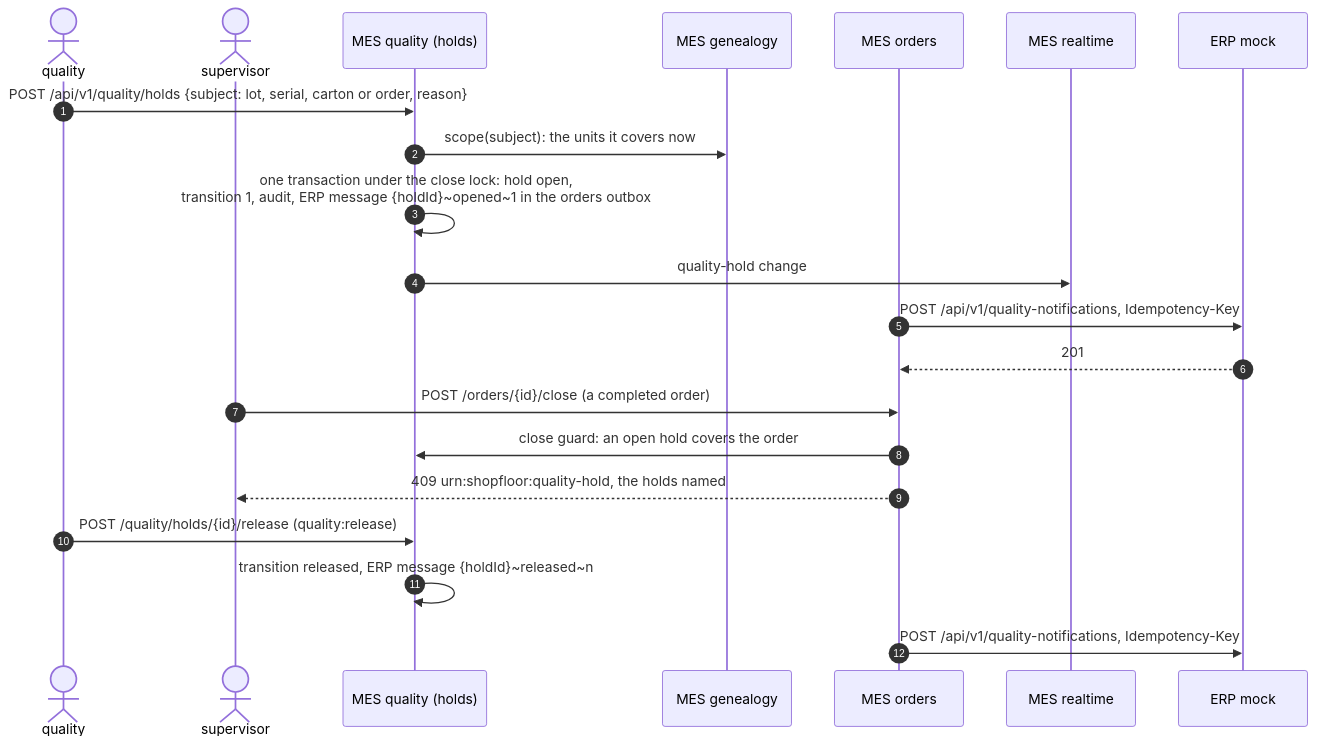
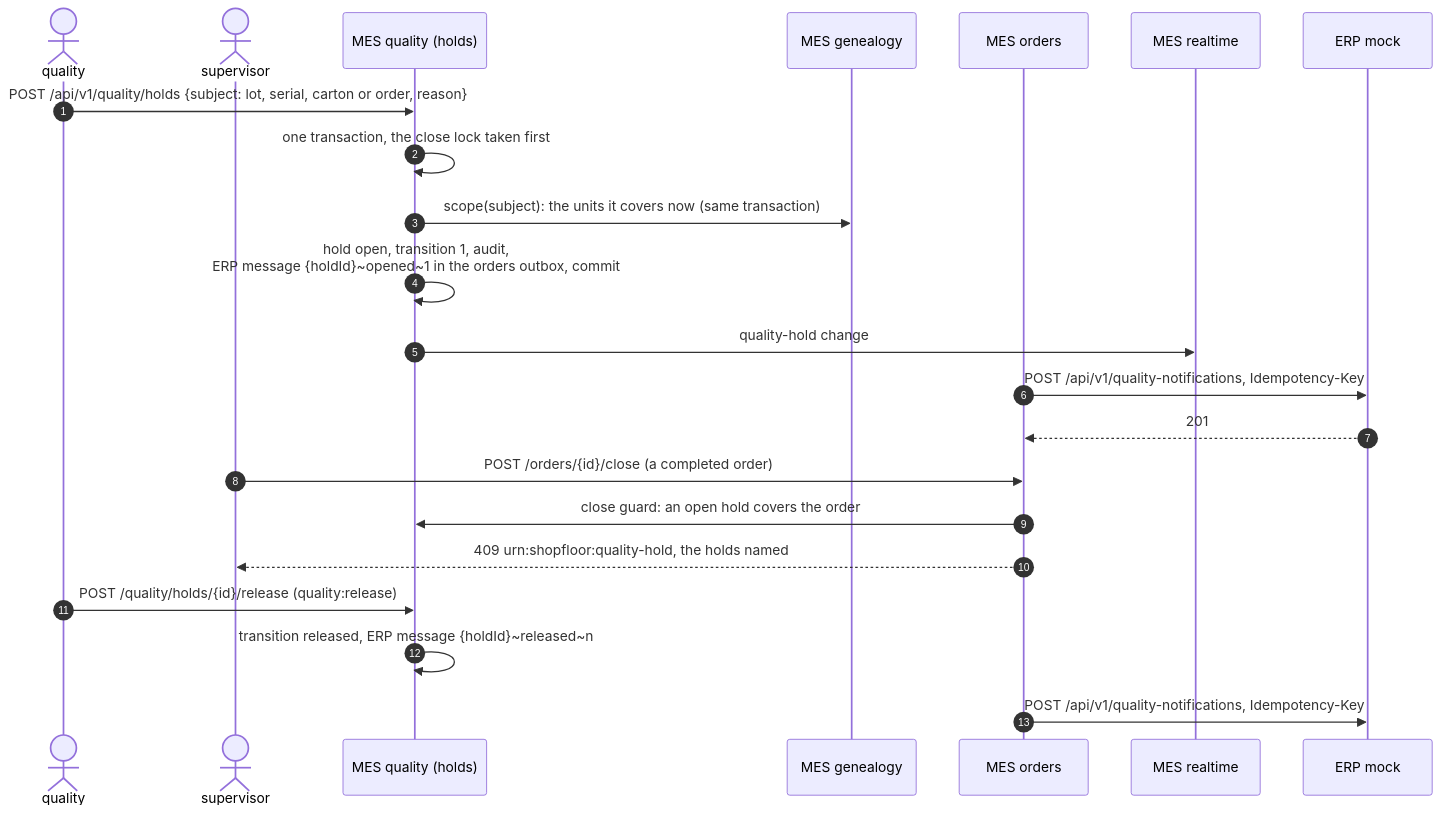
Before and after one commit to kubilayture/shopfloor-twin: diagram 14 of 19 in docs/architecture.md, drawn with Mermaid. The commit also changed other lines of this file and 3 other files, not shown here.

First line of the commit message:
fix(architecture): review of PR #293: loss claims, workspace, overlays (P10-05)

````diff
--- a/docs/architecture.md
+++ b/docs/architecture.md
@@ -514,23 +516,24 @@
 ```mermaid
 sequenceDiagram
     autonumber
     actor q as quality
     actor sup as supervisor
     participant mod_quality as MES quality (holds)
     participant mod_genealogy as MES genealogy
     participant mod_orders as MES orders
     participant mod_realtime as MES realtime
     participant svc_erp as ERP mock
     q->>mod_quality: POST /api/v1/quality/holds {subject: lot, serial, carton or order, reason}
-    mod_quality->>mod_genealogy: scope(subject): the units it covers now
-    mod_quality->>mod_quality: one transaction under the close lock: hold open,<br/>transition 1, audit, ERP message {holdId}~opened~1 in the orders outbox
+    mod_quality->>mod_quality: one transaction, the close lock taken first
+    mod_quality->>mod_genealogy: scope(subject): the units it covers now (same transaction)
+    mod_quality->>mod_quality: hold open, transition 1, audit,<br/>ERP message {holdId}~opened~1 in the orders outbox, commit
     mod_quality->>mod_realtime: quality-hold change
     mod_orders->>svc_erp: POST /api/v1/quality-notifications, Idempotency-Key
     svc_erp-->>mod_orders: 201
     sup->>mod_orders: POST /orders/{id}/close (a completed order)
     mod_orders->>mod_quality: close guard: an open hold covers the order
     mod_orders-->>sup: 409 urn:shopfloor:quality-hold, the holds named
     q->>mod_quality: POST /quality/holds/{id}/release (quality:release)
     mod_quality->>mod_quality: transition released, ERP message {holdId}~released~n
     mod_orders->>svc_erp: POST /api/v1/quality-notifications, Idempotency-Key
 ```
````
